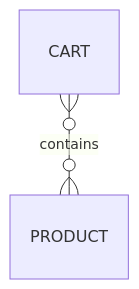
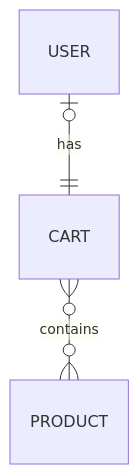
The first of 7 diagrams in documentation/shopping_cart/shopping_cart.md (fruzsina-banyai/webshop), drawn with Mermaid before and after one commit. The commit also changed other lines of this file, not shown here.

````diff
--- a/documentation/shopping_cart/shopping_cart.md
+++ b/documentation/shopping_cart/shopping_cart.md
@@ -7,4 +7,5 @@
 ```mermaid
 erDiagram
   CART }o--o{ PRODUCT : contains
+  USER |o--|| CART : has
 ```
````
